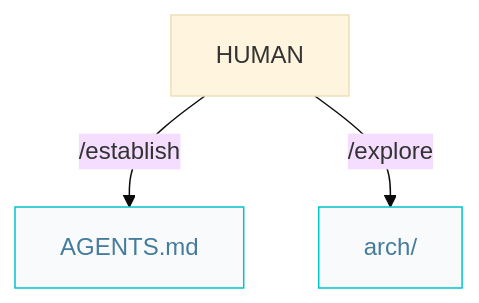
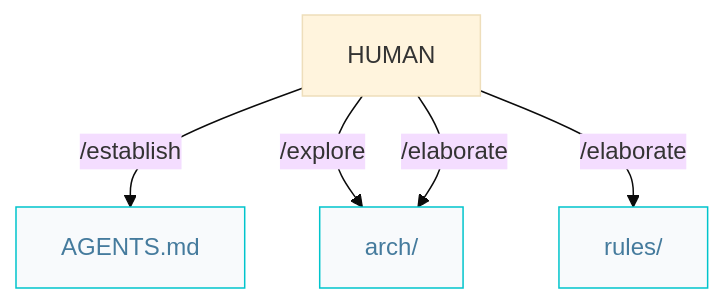
Before and after one commit to AIDDbot/AIDDbot: the first of 2 diagrams in docs/architect.pipelines.md, drawn with Mermaid (base theme). The commit also changed other lines of this file and 14 other files, not shown here.

````diff
--- a/docs/architect.pipelines.md
+++ b/docs/architect.pipelines.md
@@ -7,11 +7,14 @@
 ```mermaid
 flowchart TD  
   HUM[HUMAN]
   AGT["AGENTS.md"]:::nd
   ARC["arch/"]:::nd
+  RUL["rules/"]:::nd
 
   HUM -->|/establish| AGT
   HUM -->|/explore| ARC
+  HUM -->|/elaborate| ARC
+  HUM -->|/elaborate| RUL
 
   classDef nd fill:#f8fafc,stroke:#00c4cc,color:#457b9d
 ```
````
